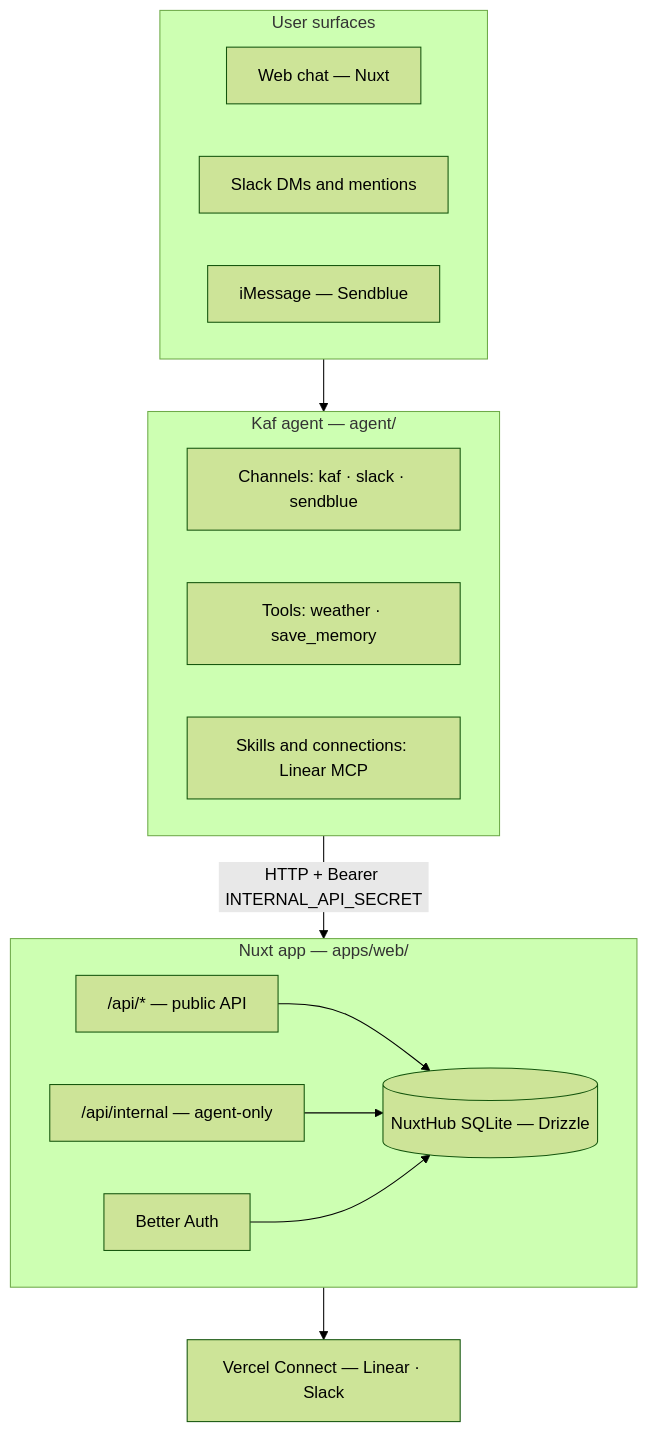
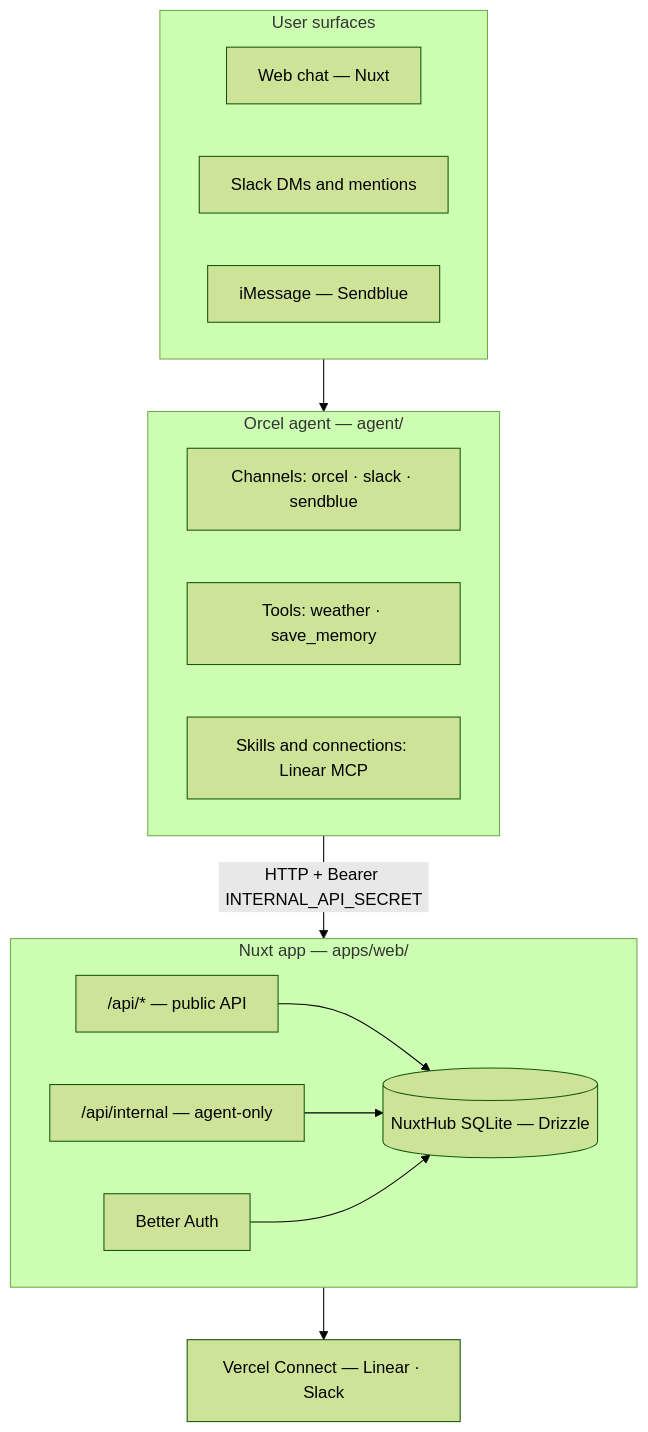
One commit to TheHalfMoon/Orcel changed the diagram in apps/templates/personal-agent-template/docs/ARCHITECTURE.md. Above: the diagram before and after it, drawn with Mermaid (forest theme). The commit also changed other lines of this file and 7225 other files, not shown here.

````diff
--- a/apps/templates/personal-agent-template/docs/ARCHITECTURE.md
+++ b/apps/templates/personal-agent-template/docs/ARCHITECTURE.md
@@ -11,30 +11,30 @@
 ```mermaid
 flowchart TB
   subgraph surfaces [User surfaces]
     web[Web chat — Nuxt]
     slack[Slack DMs and mentions]
     imessage[iMessage — Sendblue]
   end
 
-  subgraph kaf [Kaf agent — agent/]
-    channels[Channels: kaf · slack · sendblue]
+  subgraph orcel [Orcel agent — agent/]
+    channels[Channels: orcel · slack · sendblue]
     tools[Tools: weather · save_memory]
     skills[Skills and connections: Linear MCP]
   end
 
   subgraph nuxt [Nuxt app — apps/web/]
     api["/api/* — public API"]
     internal["/api/internal — agent-only"]
     auth[Better Auth]
     db[(NuxtHub SQLite — Drizzle)]
   end
 
   connect[Vercel Connect — Linear · Slack]
 
-  surfaces --> kaf
-  kaf -->|"HTTP + Bearer INTERNAL_API_SECRET"| nuxt
+  surfaces --> orcel
+  orcel -->|"HTTP + Bearer INTERNAL_API_SECRET"| nuxt
   api --> db
   internal --> db
   auth --> db
   nuxt --> connect
 ```
````
